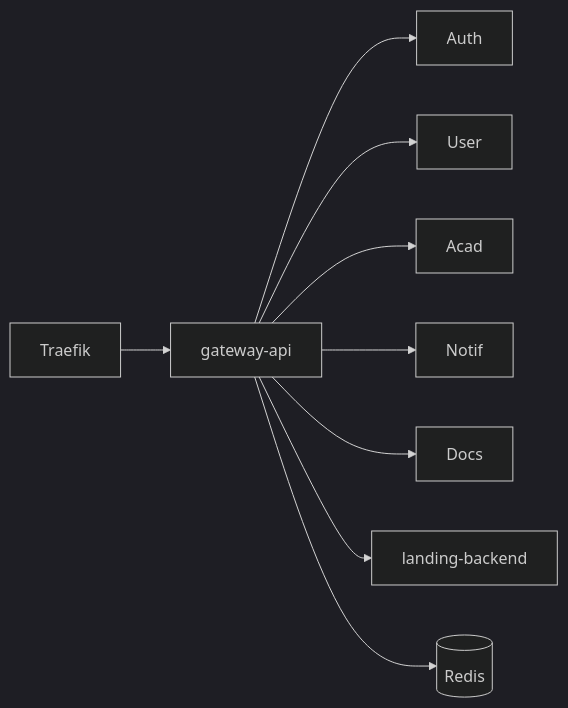
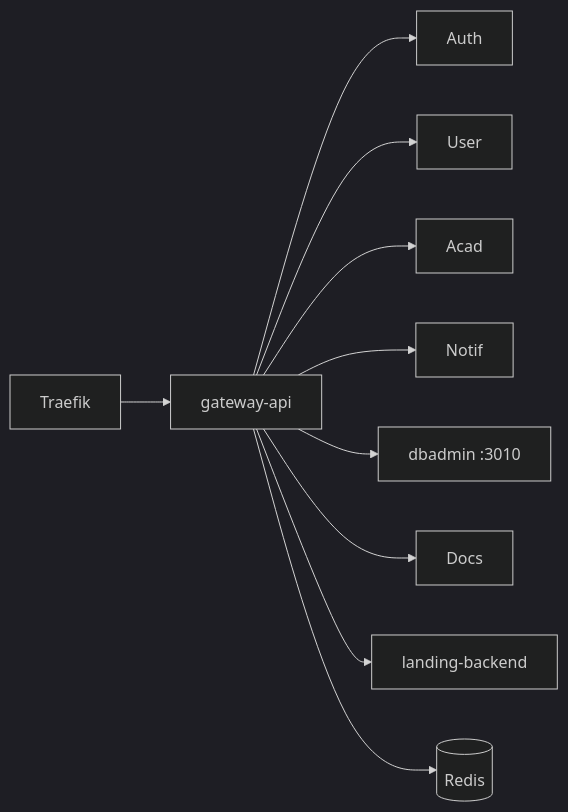
The diagram in apps/uniz-docs/services/gateway.md (uniz-rguktong/uniz-master), drawn with Mermaid (dark theme) before and after one commit. The commit also changed other lines of this file and 49 other files, not shown here.

````diff
--- a/apps/uniz-docs/services/gateway.md
+++ b/apps/uniz-docs/services/gateway.md
@@ -27,11 +29,12 @@
 ```mermaid
 flowchart LR
   Traefik --> GW[gateway-api]
   GW --> Auth
   GW --> User
   GW --> Acad
   GW --> Notif
+  GW --> Db[dbadmin :3010]
   GW --> Docs
   GW --> Land[landing-backend]
   GW --> Redis[(Redis)]
 ```
````
